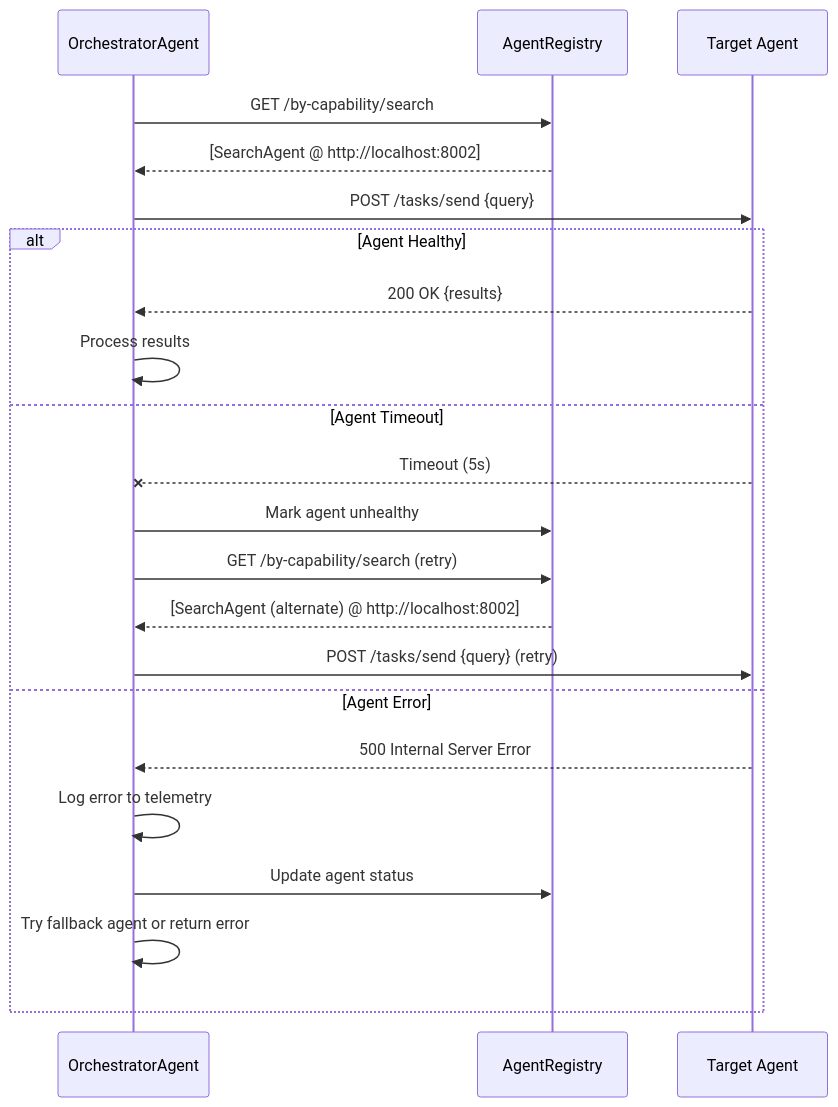
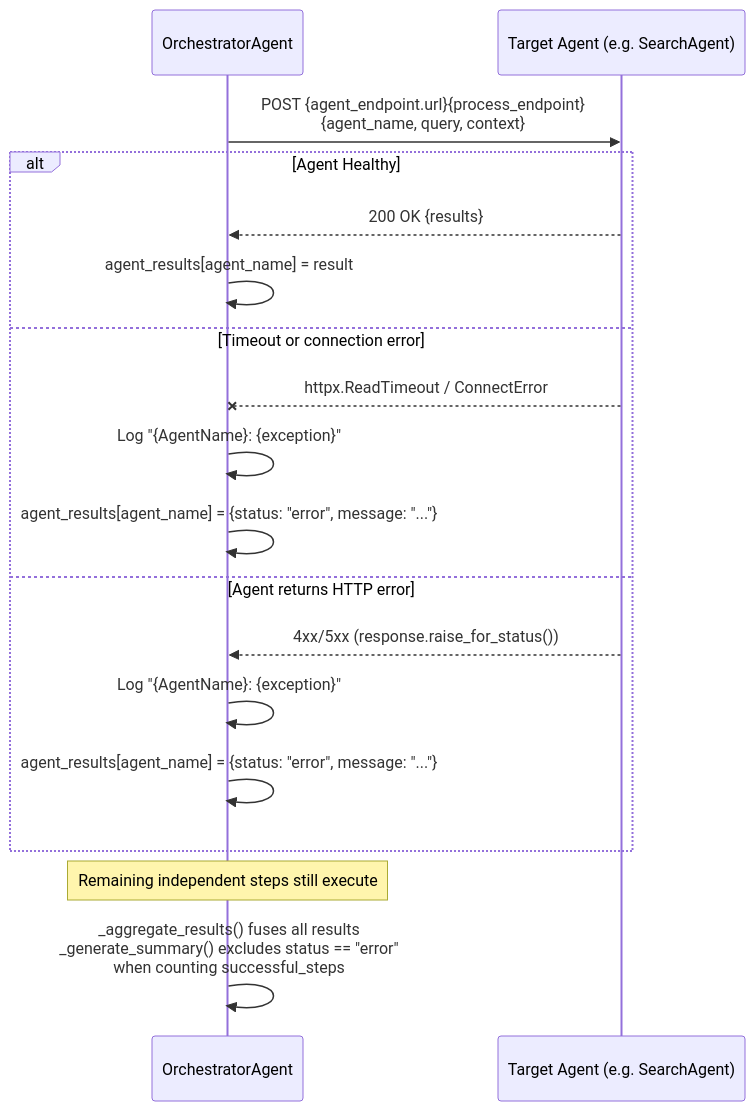
One commit to amit-jain/cogniverse changed the seventh of 8 diagrams in docs/architecture/multi-agent-interactions.md. Above: the diagram before and after it, drawn with Mermaid. The commit also changed other lines of this file and 7 other files, not shown here.

First line of the commit message:
Document all 23 agents and convert diagrams to mermaid

````diff
--- a/docs/architecture/multi-agent-interactions.md
+++ b/docs/architecture/multi-agent-interactions.md
@@ -458,27 +508,23 @@
 ```mermaid
 sequenceDiagram
     participant Orch as OrchestratorAgent
-    participant Registry as AgentRegistry
-    participant Agent as Target Agent
+    participant Agent as Target Agent (e.g. SearchAgent)
 
-    Orch->>Registry: GET /by-capability/search
-    Registry-->>Orch: [SearchAgent @ http://localhost:8002]
-
-    Orch->>Agent: POST /tasks/send {query}
+    Orch->>Agent: POST {agent_endpoint.url}{process_endpoint}<br/>{agent_name, query, context}
 
     alt Agent Healthy
         Agent-->>Orch: 200 OK {results}
-        Orch->>Orch: Process results
-    else Agent Timeout
-        Agent--xOrch: Timeout (5s)
-        Orch->>Registry: Mark agent unhealthy
-        Orch->>Registry: GET /by-capability/search (retry)
-        Registry-->>Orch: [SearchAgent (alternate) @ http://localhost:8002]
-        Orch->>Agent: POST /tasks/send {query} (retry)
-    else Agent Error
-        Agent-->>Orch: 500 Internal Server Error
-        Orch->>Orch: Log error to telemetry
-        Orch->>Registry: Update agent status
-        Orch->>Orch: Try fallback agent or return error
+        Orch->>Orch: agent_results[agent_name] = result
+    else Timeout or connection error
+        Agent--xOrch: httpx.ReadTimeout / ConnectError
+        Orch->>Orch: Log "{AgentName}: {exception}"
+        Orch->>Orch: agent_results[agent_name] = {status: "error", message: "..."}
+    else Agent returns HTTP error
+        Agent-->>Orch: 4xx/5xx (response.raise_for_status())
+        Orch->>Orch: Log "{AgentName}: {exception}"
+        Orch->>Orch: agent_results[agent_name] = {status: "error", message: "..."}
     end
+
+    Note over Orch: Remaining independent steps still execute
+    Orch->>Orch: _aggregate_results() fuses all results<br/>_generate_summary() excludes status == "error"<br/>when counting successful_steps
 ```
````
